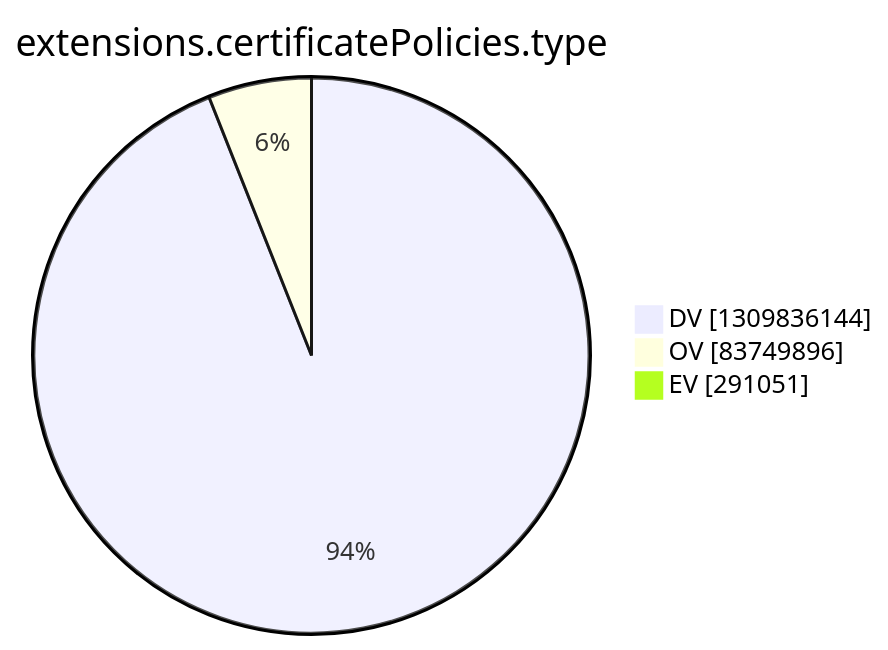
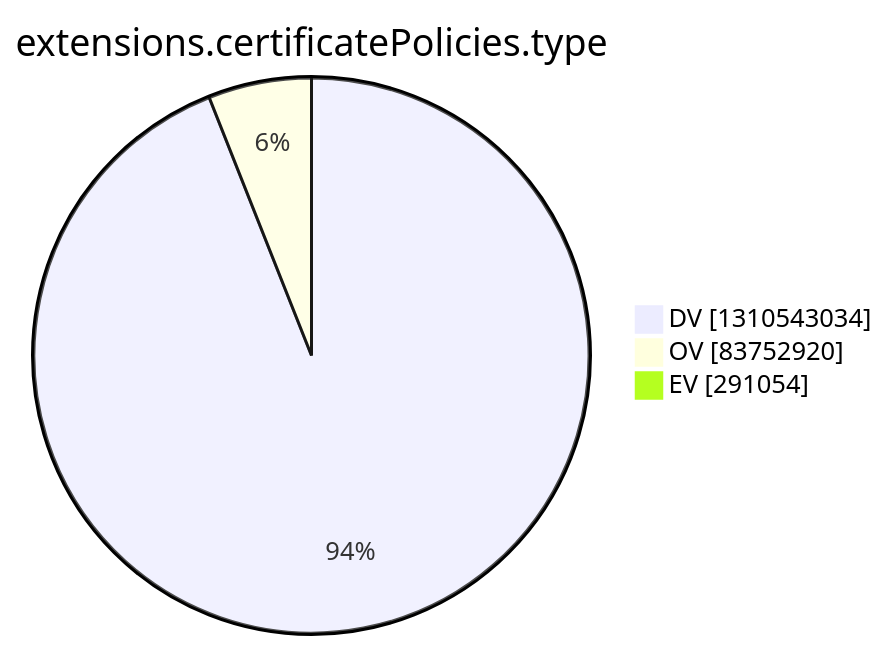
One commit to christiankrug/ctmonitor_visualization changed the tenth of 15 diagrams in argon2022/README.md. Above: the diagram before and after it, drawn with Mermaid. The commit also changed other lines of this file, not shown here.

````diff
--- a/argon2022/README.md
+++ b/argon2022/README.md
@@ -2772,7 +2772,7 @@
 ```mermaid
 pie showData
 title extensions.certificatePolicies.type
-"DV" :1309836144
-"OV" :83749896
-"EV" :291051
+"DV" :1310543034
+"OV" :83752920
+"EV" :291054
 ```
````
